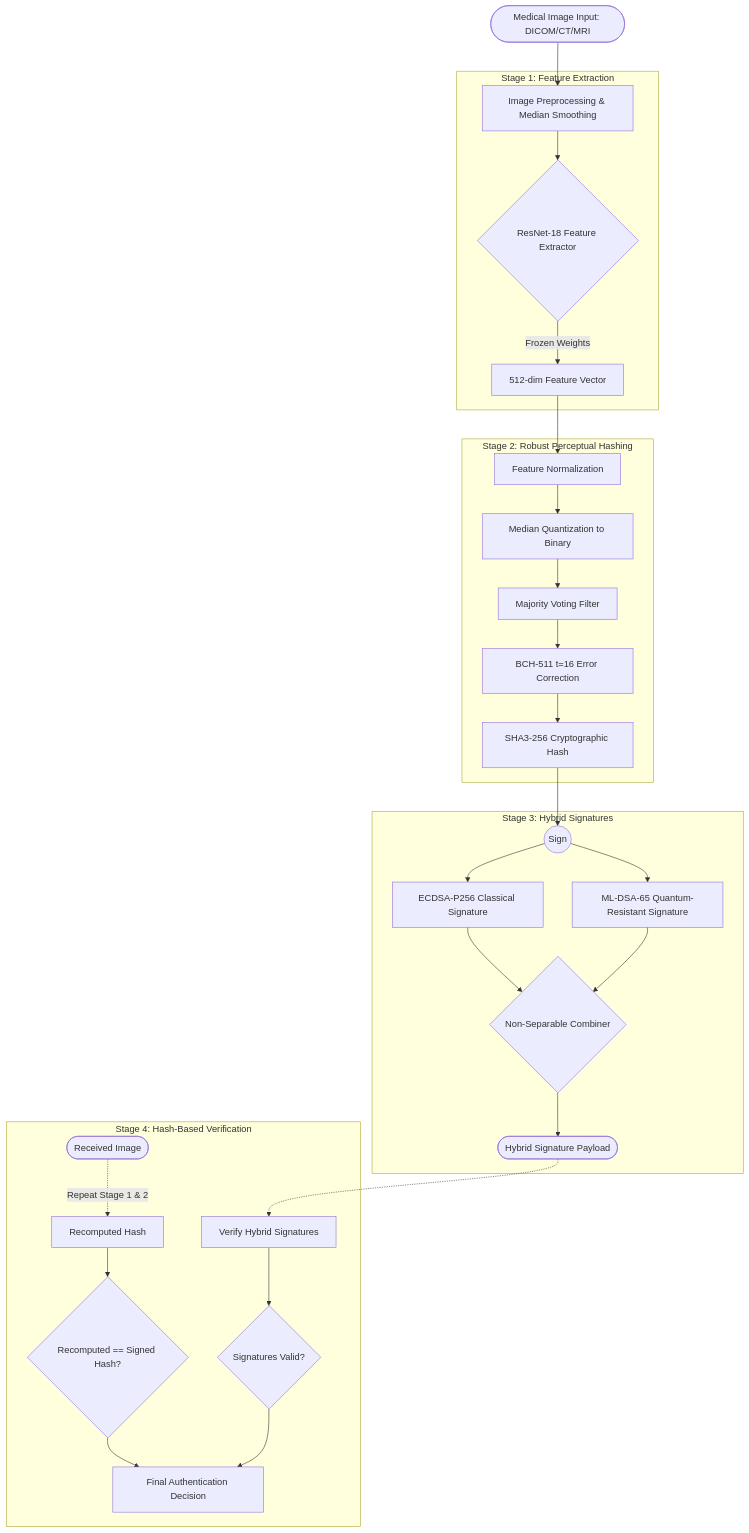
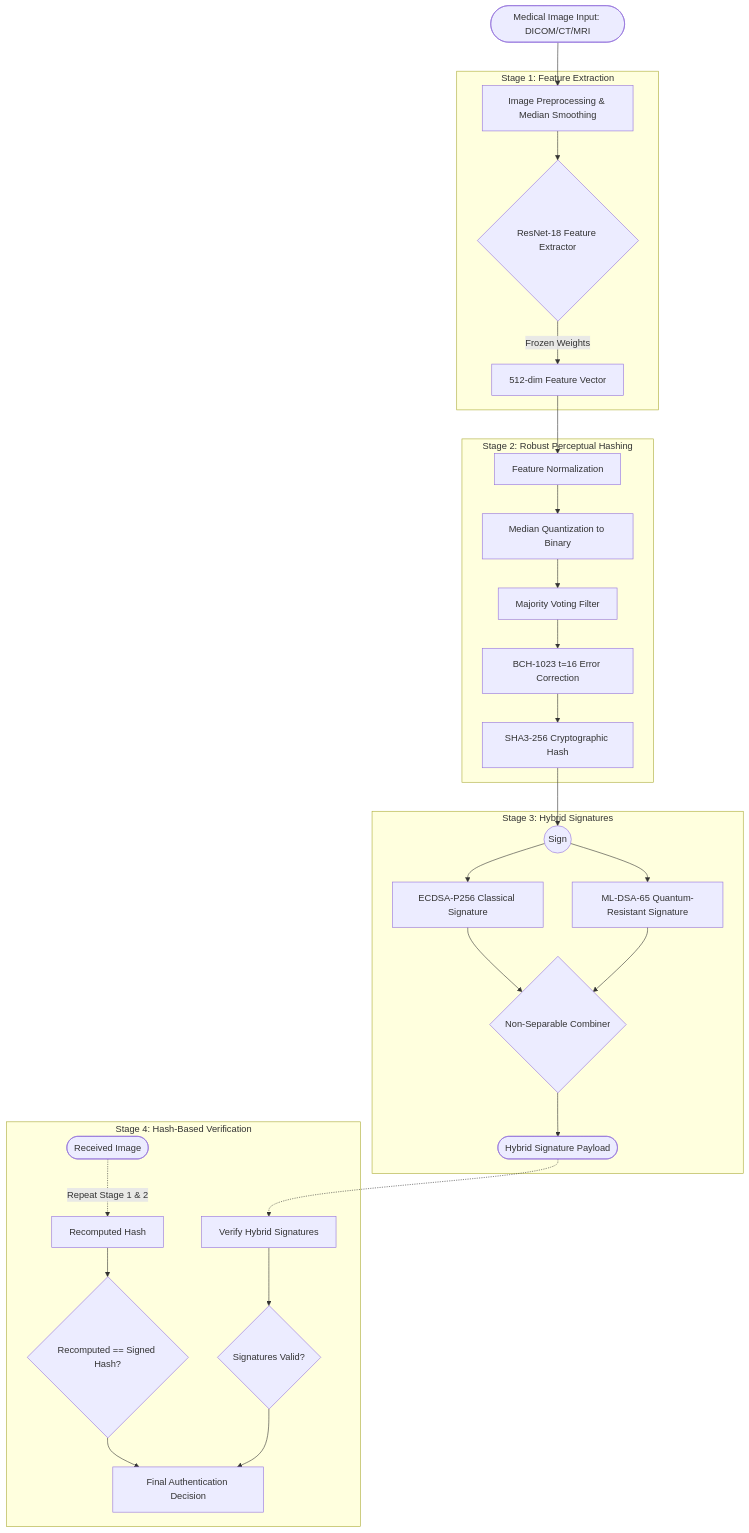
One commit to ahmed-el5hatib/MantiQ-Auth changed the first of 3 diagrams in README.md. Above: the diagram before and after it, drawn with Mermaid. The commit also changed other lines of this file and 4 other files, not shown here.

````diff
--- a/README.md
+++ b/README.md
@@ -34,43 +36,43 @@
 ```mermaid
 graph TD
     %% Input Layer
     A([Medical Image Input: DICOM/CT/MRI]) --> B[Image Preprocessing & Median Smoothing]
     
     %% Stage 1: Feature Extraction
     subgraph Stage 1: Feature Extraction
         B --> C{ResNet-18 Feature Extractor}
         C -->|Frozen Weights| D[512-dim Feature Vector]
     end
 
     %% Stage 2: Robust Perceptual Hash
     subgraph Stage 2: Robust Perceptual Hashing
         D --> E[Feature Normalization]
         E --> F[Median Quantization to Binary]
         F --> G[Majority Voting Filter]
-        G --> H[BCH-511 t=16 Error Correction]
+        G --> H[BCH-1023 t=16 Error Correction]
         H --> I[SHA3-256 Cryptographic Hash]
     end
     
     %% Stage 3: Hybrid Signature Generation
     subgraph Stage 3: Hybrid Signatures
         I --> J((Sign))
         J --> K[ECDSA-P256 Classical Signature]
         J --> L[ML-DSA-65 Quantum-Resistant Signature]
         K --> M{Non-Separable Combiner}
         L --> M
         M --> N([Hybrid Signature Payload])
     end
     
     %% Stage 4: Cryptographic Verification
     subgraph Stage 4: Hash-Based Verification
         O([Received Image]) -.-> |Repeat Stage 1 & 2| P[Recomputed Hash]
         N -.-> Q[Verify Hybrid Signatures]
         P --> R{Recomputed == Signed Hash?}
         Q --> S{Signatures Valid?}
         R --> T[Final Authentication Decision]
         S --> T
     end
 
     classDef stage fill:#f9f9f9,stroke:#333,stroke-width:2px;
     class Stage1,Stage2,Stage3,Stage4 stage;
 ```
````
